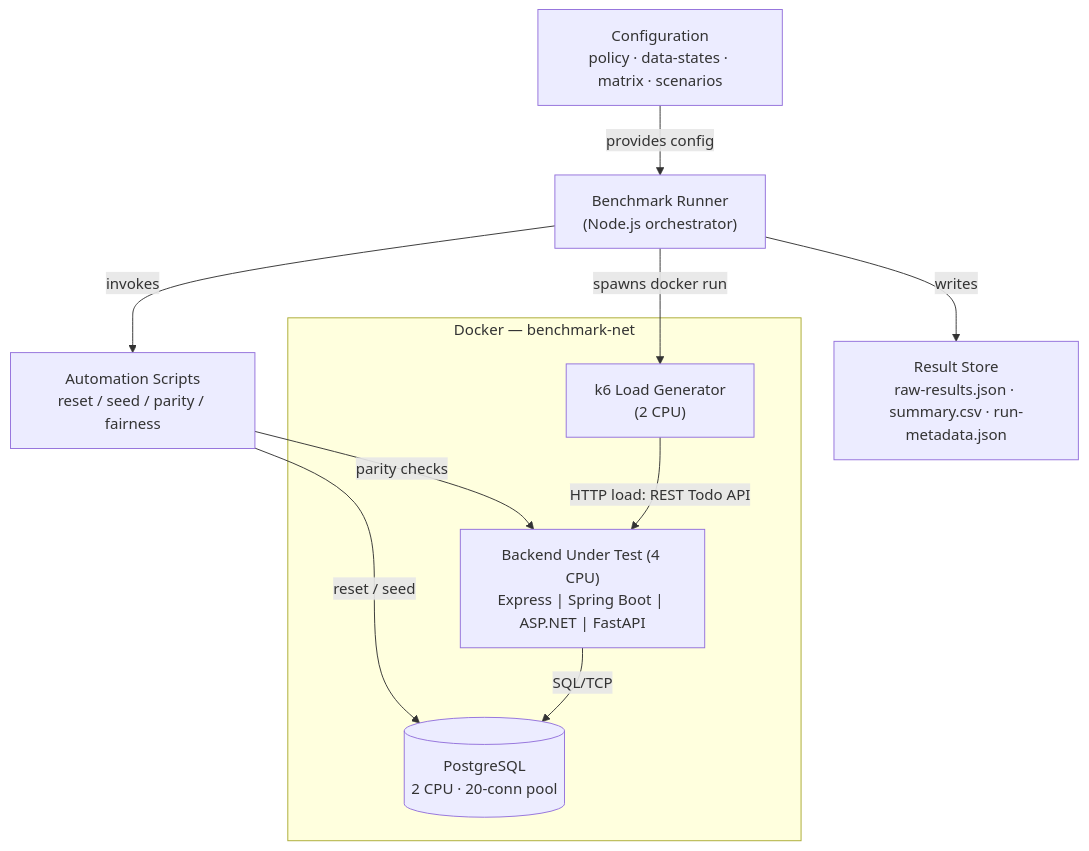
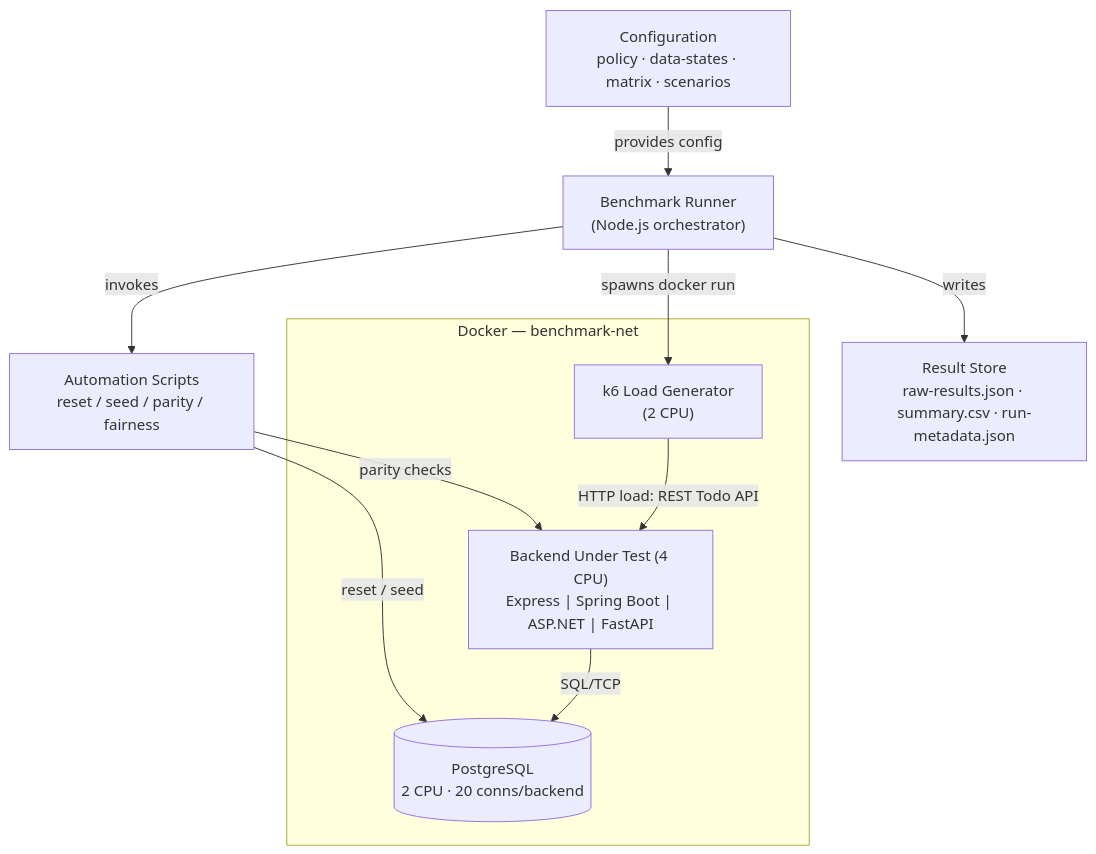
Before and after one commit to Punschkrapferl/benchmark-thesis: the first of 2 diagrams in README.md, drawn with Mermaid. The commit also changed other lines of this file and 11 other files, not shown here.

````diff
--- a/README.md
+++ b/README.md
@@ -33,20 +33,20 @@
 ```mermaid
 graph TB
     Config["Configuration<br/>policy · data-states · matrix · scenarios"]
     Runner["Benchmark Runner<br/>(Node.js orchestrator)"]
     Scripts["Automation Scripts<br/>reset / seed / parity / fairness"]
     Results["Result Store<br/>raw-results.json · summary.csv · run-metadata.json"]
     subgraph Docker["Docker — benchmark-net"]
         K6["k6 Load Generator<br/>(2 CPU)"]
         Backend["Backend Under Test (4 CPU)<br/>Express | Spring Boot | ASP.NET | FastAPI"]
-        PG[("PostgreSQL<br/>2 CPU · 20-conn pool")]
+        PG[("PostgreSQL<br/>2 CPU · 20 conns/backend")]
     end
     Config -->|provides config| Runner
     Runner -->|spawns docker run| K6
     Runner -->|invokes| Scripts
     Runner -->|writes| Results
     Scripts -->|parity checks| Backend
     Scripts -->|reset / seed| PG
     K6 -->|HTTP load: REST Todo API| Backend
     Backend -->|SQL/TCP| PG
 ```
````
